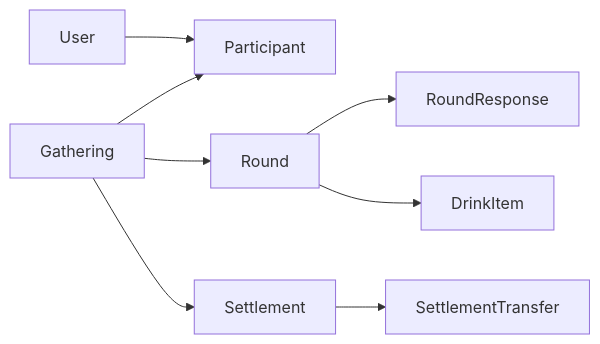
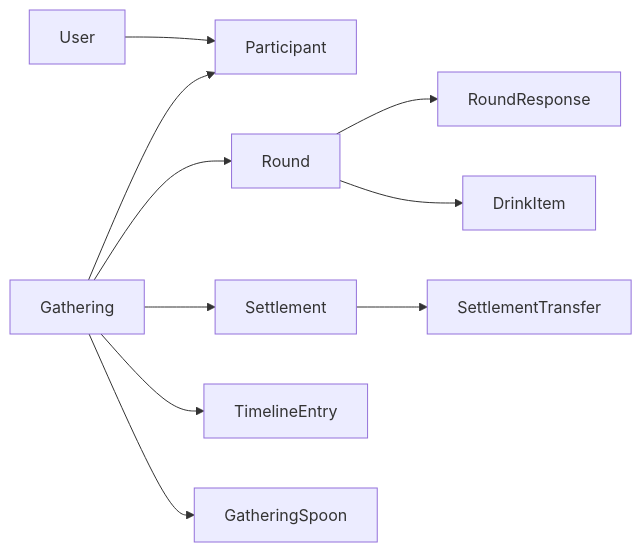
The diagram in docs/DOMAIN_DB_DESIGN_V2.md (owencity/jungsan_attack), drawn with Mermaid before and after one commit. The commit also changed other lines of this file and 6 other files, not shown here.

````diff
--- a/docs/DOMAIN_DB_DESIGN_V2.md
+++ b/docs/DOMAIN_DB_DESIGN_V2.md
@@ -38,10 +41,12 @@
 ```mermaid
 flowchart LR
     U[User] --> P[Participant]
     GA[Gathering] --> P
     GA --> R[Round]
     R --> RR[RoundResponse]
     R --> DI[DrinkItem]
     GA --> S[Settlement]
     S --> T[SettlementTransfer]
+    GA --> TL[TimelineEntry]
+    GA --> SP[GatheringSpoon]
 ```
````
